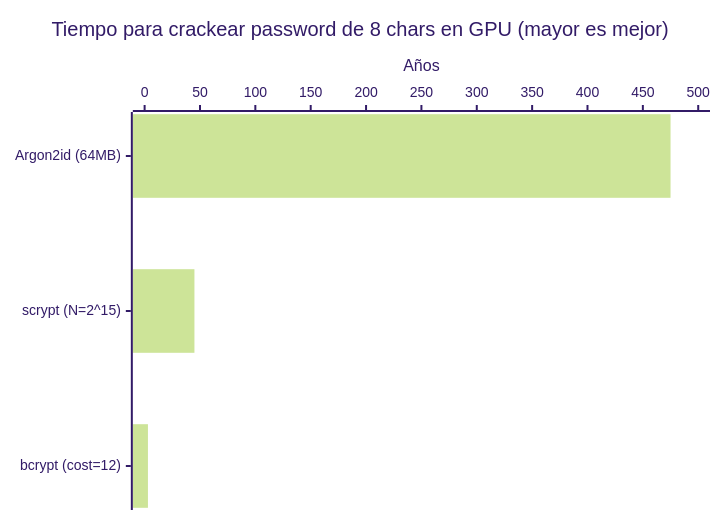
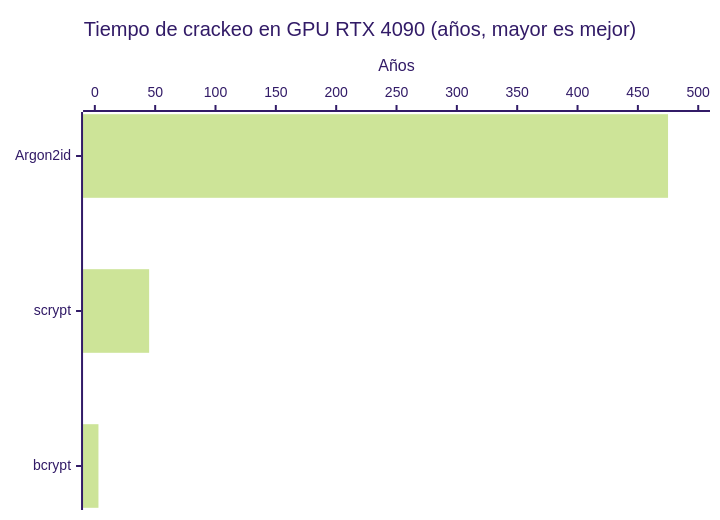
One commit to gmeono94/nua-salud-panel changed the ninth of 19 diagrams in README.md. Above: the diagram before and after it, drawn with Mermaid (forest theme). The commit also changed other lines of this file, not shown here.

First line of the commit message:
fix: shorten Mermaid labels, fix 5→8 metrics text, rework team scaling

````diff
--- a/README.md
+++ b/README.md
@@ -477,7 +477,7 @@
 ```mermaid
 xychart-beta horizontal
-    title "Tiempo para crackear password de 8 chars en GPU (mayor es mejor)"
-    x-axis ["Argon2id (64MB)", "scrypt (N=2^15)", "bcrypt (cost=12)"]
+    title "Tiempo de crackeo en GPU RTX 4090 (años, mayor es mejor)"
+    x-axis ["Argon2id", "scrypt", "bcrypt"]
     y-axis "Años" 0 --> 500
     bar [475, 45, 3]
 ```
````
